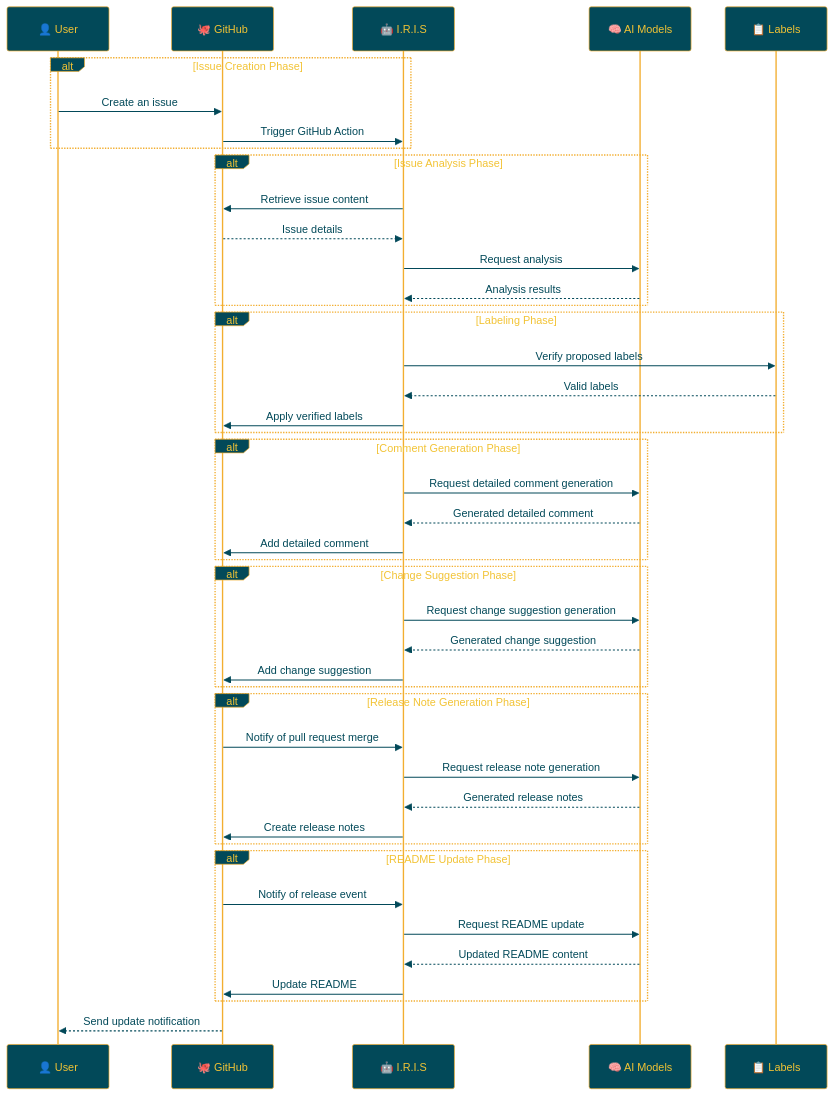
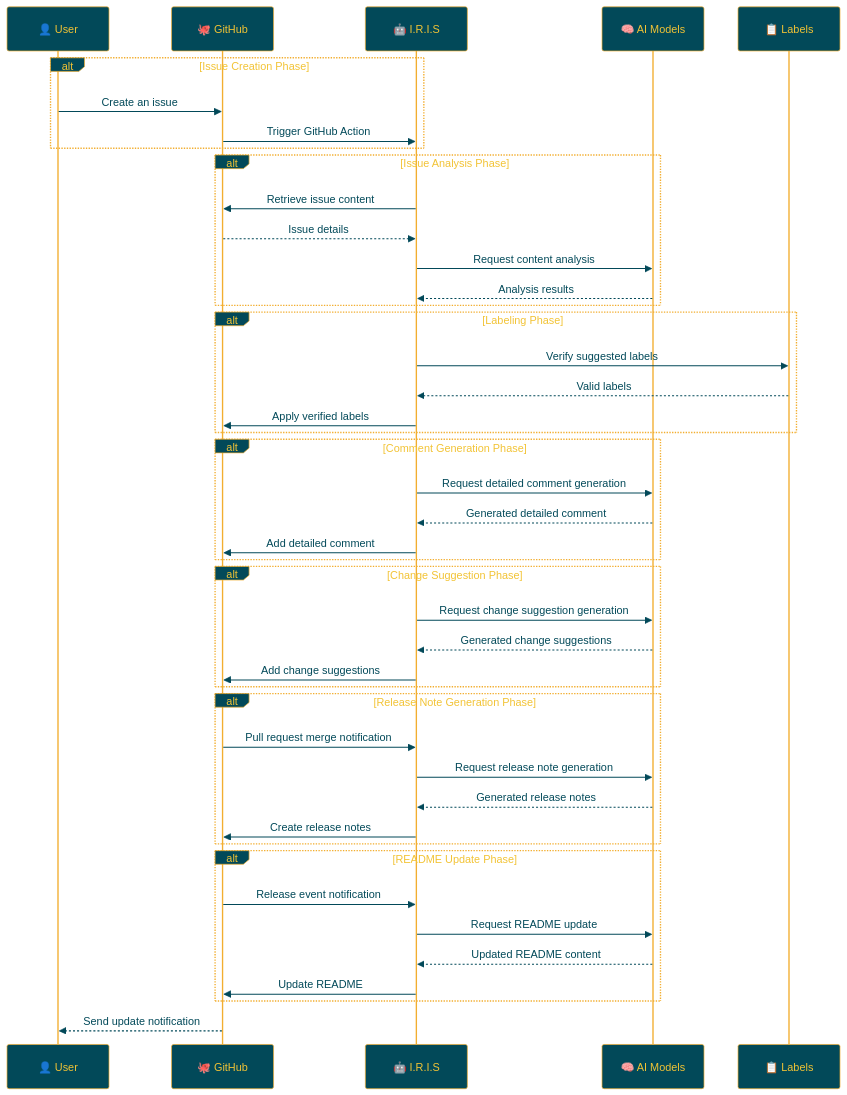
The diagram in docs/README.en.md (Sunwood-ai-labs/IRIS), drawn with Mermaid before and after one commit. The commit also changed other lines of this file, not shown here.

````diff
--- a/docs/README.en.md
+++ b/docs/README.en.md
@@ -133,56 +134,56 @@
 ```mermaid
 %%{init:{'theme':'base','themeVariables':{'primaryColor':'#024959','primaryTextColor':'#F2C335','primaryBorderColor':'#F2AE30','lineColor':'#A1A2A6','secondaryColor':'#593E25','tertiaryColor':'#F2C335','noteTextColor':'#024959','noteBkgColor':'#F2C335','textColor':'#024959','fontSize':'18px'}}}%%
 
 sequenceDiagram
     participant User as 👤 User
     participant GitHub as 🐙 GitHub
     participant IRIS as 🤖 I.R.I.S
     participant AI as 🧠 AI Models
     participant Labels as 📋 Labels
 
     alt Issue Creation Phase
         User->>GitHub: Create an issue
         GitHub->>IRIS: Trigger GitHub Action
     end
 
     alt Issue Analysis Phase
         IRIS->>GitHub: Retrieve issue content
         GitHub-->>IRIS: Issue details
-        IRIS->>AI: Request analysis
+        IRIS->>AI: Request content analysis
         AI-->>IRIS: Analysis results
     end
 
     alt Labeling Phase
-        IRIS->>Labels: Verify proposed labels
+        IRIS->>Labels: Verify suggested labels
         Labels-->>IRIS: Valid labels
         IRIS->>GitHub: Apply verified labels
     end
 
     alt Comment Generation Phase
         IRIS->>AI: Request detailed comment generation
         AI-->>IRIS: Generated detailed comment
         IRIS->>GitHub: Add detailed comment
     end
 
     alt Change Suggestion Phase
         IRIS->>AI: Request change suggestion generation
-        AI-->>IRIS: Generated change suggestion
-        IRIS->>GitHub: Add change suggestion
+        AI-->>IRIS: Generated change suggestions
+        IRIS->>GitHub: Add change suggestions
     end
 
     alt Release Note Generation Phase
-        GitHub->>IRIS: Notify of pull request merge
+        GitHub->>IRIS: Pull request merge notification
         IRIS->>AI: Request release note generation
         AI-->>IRIS: Generated release notes
         IRIS->>GitHub: Create release notes
     end
 
     alt README Update Phase
-        GitHub->>IRIS: Notify of release event
+        GitHub->>IRIS: Release event notification
         IRIS->>AI: Request README update
         AI-->>IRIS: Updated README content
         IRIS->>GitHub: Update README
     end
 
     GitHub-->>User: Send update notification
 ```
````
